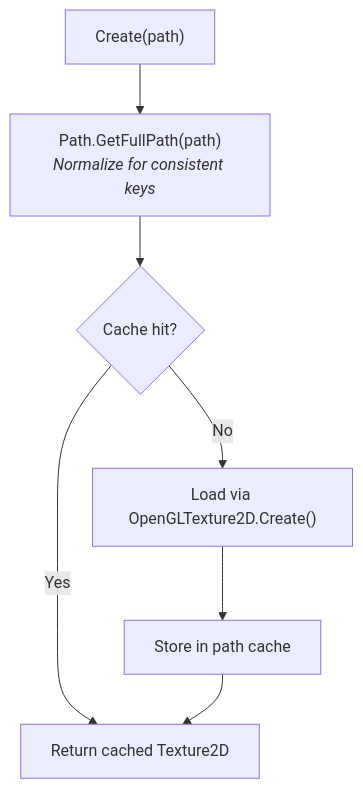
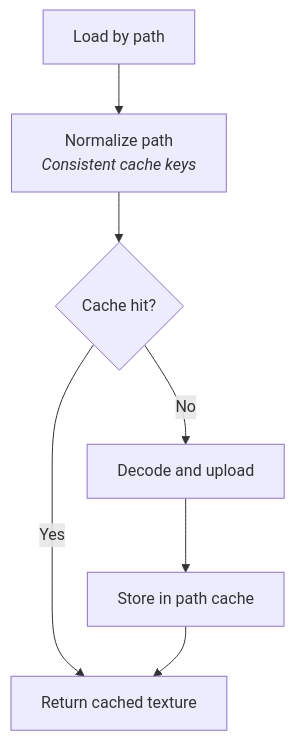
One commit to kateusz/GameEngine changed the third of 5 diagrams in docs/architecture/rendering-pipeline.md. Above: the diagram before and after it, drawn with Mermaid. The commit also changed other lines of this file and 31 other files, not shown here.

````diff
--- a/docs/architecture/rendering-pipeline.md
+++ b/docs/architecture/rendering-pipeline.md
@@ -285,9 +258,9 @@
 ```mermaid
 graph TD
-    Request["Create(path)"] --> Normalize["Path.GetFullPath(path)<br/><i>Normalize for consistent keys</i>"]
+    Request["Load by path"] --> Normalize["Normalize path<br/><i>Consistent cache keys</i>"]
     Normalize --> CacheCheck{"Cache hit?"}
-    CacheCheck -->|Yes| Return["Return cached Texture2D"]
-    CacheCheck -->|No| Load["Load via OpenGLTexture2D.Create()"]
+    CacheCheck -->|Yes| Return["Return cached texture"]
+    CacheCheck -->|No| Load["Decode and upload"]
     Load --> Cache["Store in path cache"]
     Cache --> Return
 ```
````
